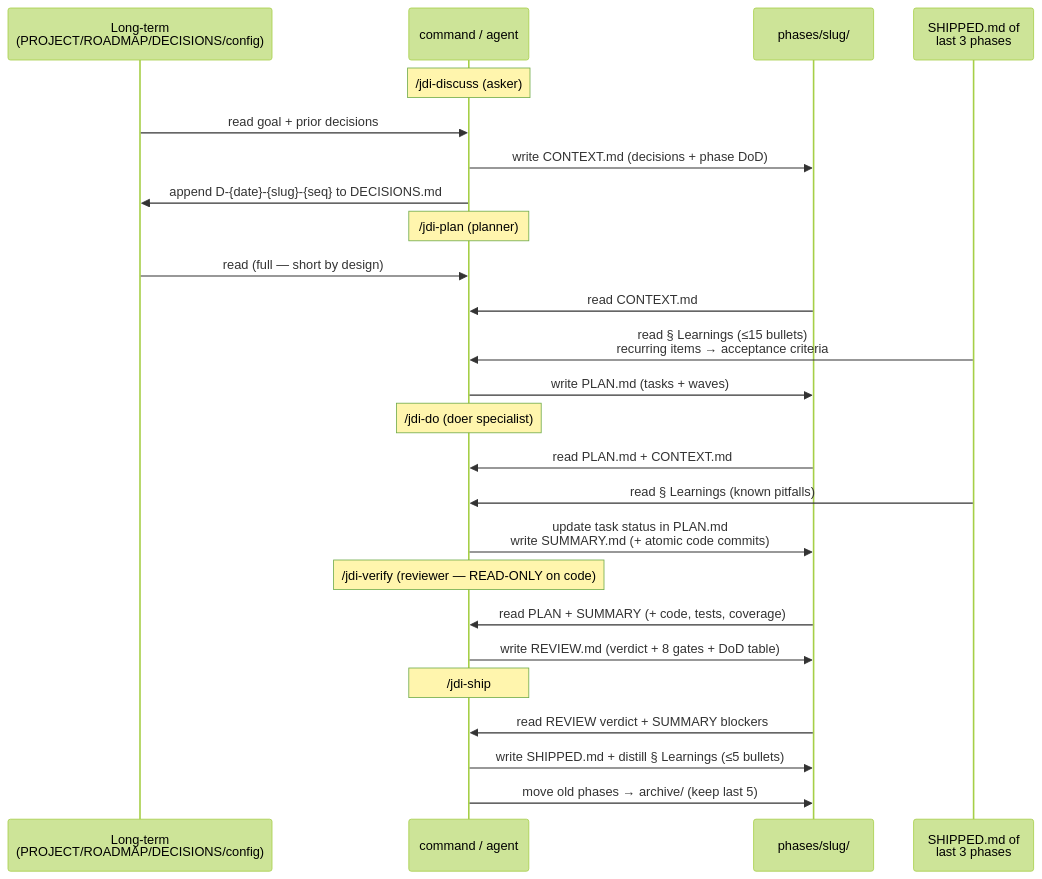
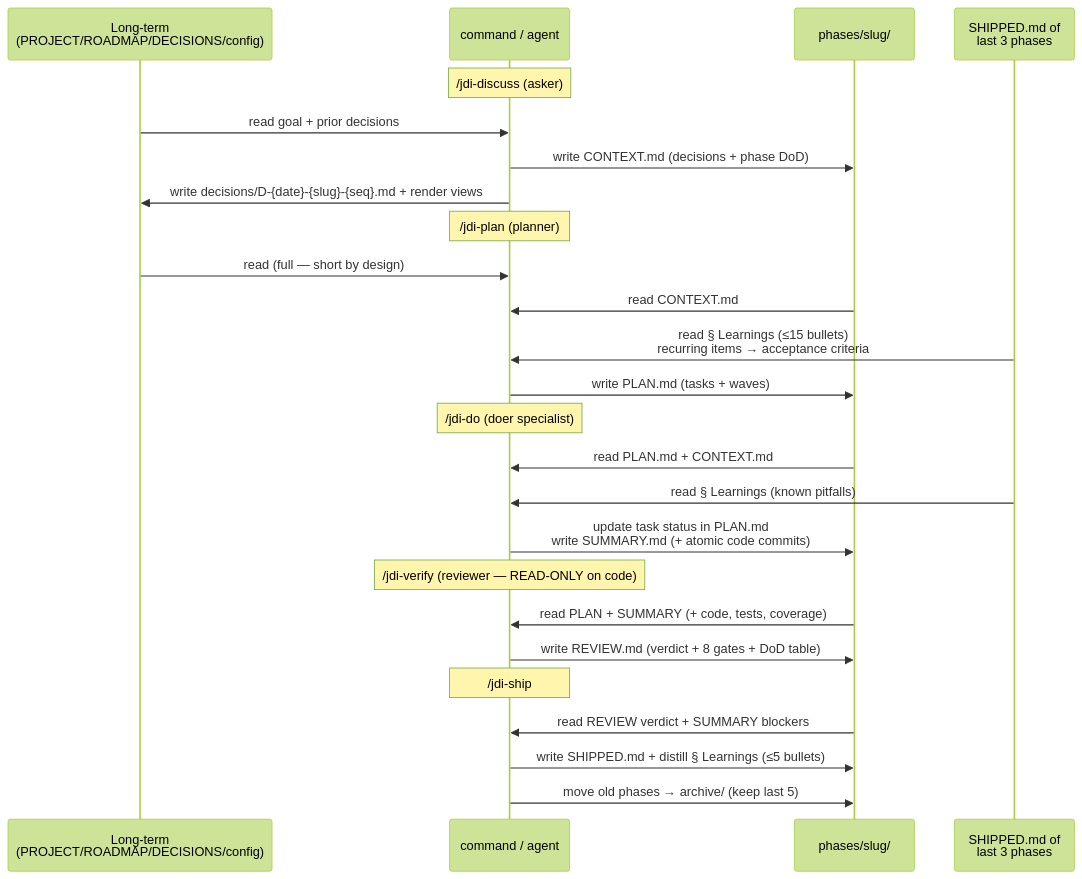
The fourth of 4 diagrams in README.md (slipalison/jdi-cli), drawn with Mermaid (forest theme) before and after one commit. The commit also changed other lines of this file and 10 other files, not shown here.

````diff
--- a/README.md
+++ b/README.md
@@ -250,32 +252,32 @@
 ```mermaid
 sequenceDiagram
     participant LT as Long-term<br/>(PROJECT/ROADMAP/DECISIONS/config)
     participant CMD as command / agent
     participant PH as phases/slug/
     participant PREV as SHIPPED.md of<br/>last 3 phases
 
     Note over CMD: /jdi-discuss (asker)
     LT->>CMD: read goal + prior decisions
     CMD->>PH: write CONTEXT.md (decisions + phase DoD)
-    CMD->>LT: append D-{date}-{slug}-{seq} to DECISIONS.md
+    CMD->>LT: write decisions/D-{date}-{slug}-{seq}.md + render views
 
     Note over CMD: /jdi-plan (planner)
     LT->>CMD: read (full — short by design)
     PH->>CMD: read CONTEXT.md
     PREV->>CMD: read § Learnings (≤15 bullets)<br/>recurring items → acceptance criteria
     CMD->>PH: write PLAN.md (tasks + waves)
 
     Note over CMD: /jdi-do (doer specialist)
     PH->>CMD: read PLAN.md + CONTEXT.md
     PREV->>CMD: read § Learnings (known pitfalls)
     CMD->>PH: update task status in PLAN.md<br/>write SUMMARY.md (+ atomic code commits)
 
     Note over CMD: /jdi-verify (reviewer — READ-ONLY on code)
     PH->>CMD: read PLAN + SUMMARY (+ code, tests, coverage)
     CMD->>PH: write REVIEW.md (verdict + 8 gates + DoD table)
 
     Note over CMD: /jdi-ship
     PH->>CMD: read REVIEW verdict + SUMMARY blockers
     CMD->>PH: write SHIPPED.md + distill § Learnings (≤5 bullets)
     CMD->>PH: move old phases → archive/ (keep last 5)
 ```
````
